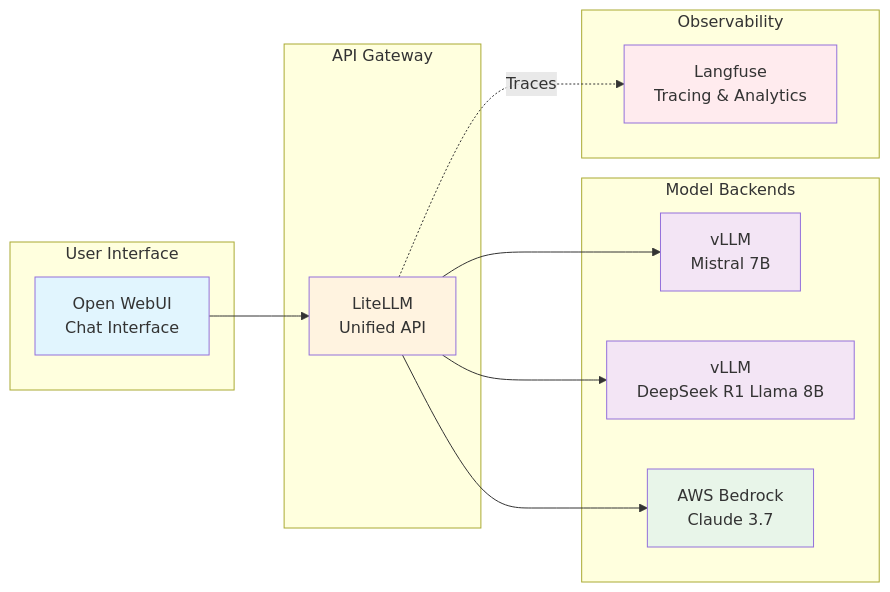
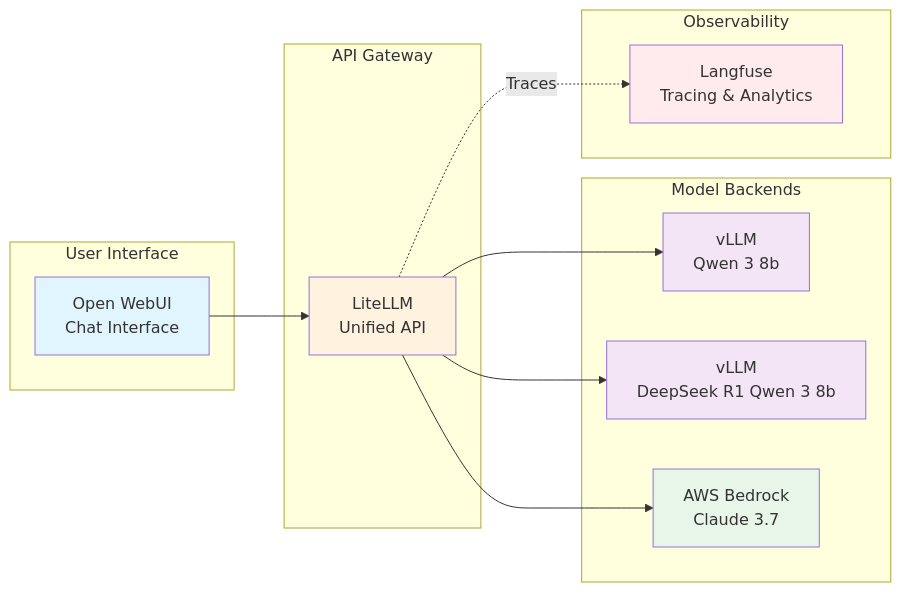
One commit to aws-samples/sample-genai-on-eks-starter-kit changed the diagram in workshops/eks-genai-workshop/content/introduction/index.en.md. Above: the diagram before and after it, drawn with Mermaid. The commit also changed other lines of this file and 19 other files, not shown here.

````diff
--- a/workshops/eks-genai-workshop/content/introduction/index.en.md
+++ b/workshops/eks-genai-workshop/content/introduction/index.en.md
@@ -21,33 +21,33 @@
 ```mermaid
 graph LR
     subgraph "User Interface"
         UI[Open WebUI<br/>Chat Interface]
     end
     
     subgraph "API Gateway"
         LLM[LiteLLM<br/>Unified API]
     end
     
     subgraph "Model Backends"
-        VLLM[vLLM<br/>Mistral 7B]
-        VLLMQ[vLLM<br/>DeepSeek R1 Llama 8B]
+        VLLM[vLLM<br/>Qwen 3 8b]
+        VLLMQ[vLLM<br/>DeepSeek R1 Qwen 3 8b]
         BEDROCK[AWS Bedrock<br/>Claude 3.7]
     end
     
     subgraph "Observability"
         LF[Langfuse<br/>Tracing & Analytics]
     end
     
     UI --> LLM
     LLM --> VLLM
     LLM --> VLLMQ
     LLM --> BEDROCK
     LLM -.->|Traces| LF
     
     style UI fill:#e1f5fe
     style LLM fill:#fff3e0
     style VLLM fill:#f3e5f5
     style VLLMQ fill:#f3e5f5
     style BEDROCK fill:#e8f5e9
     style LF fill:#ffebee
 ```
````
